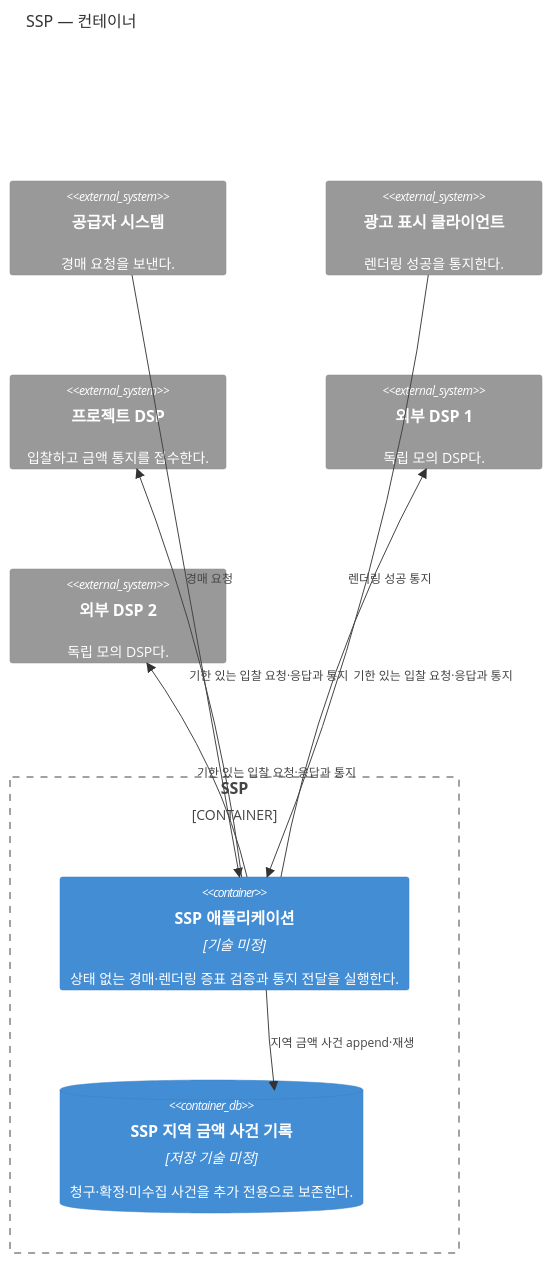
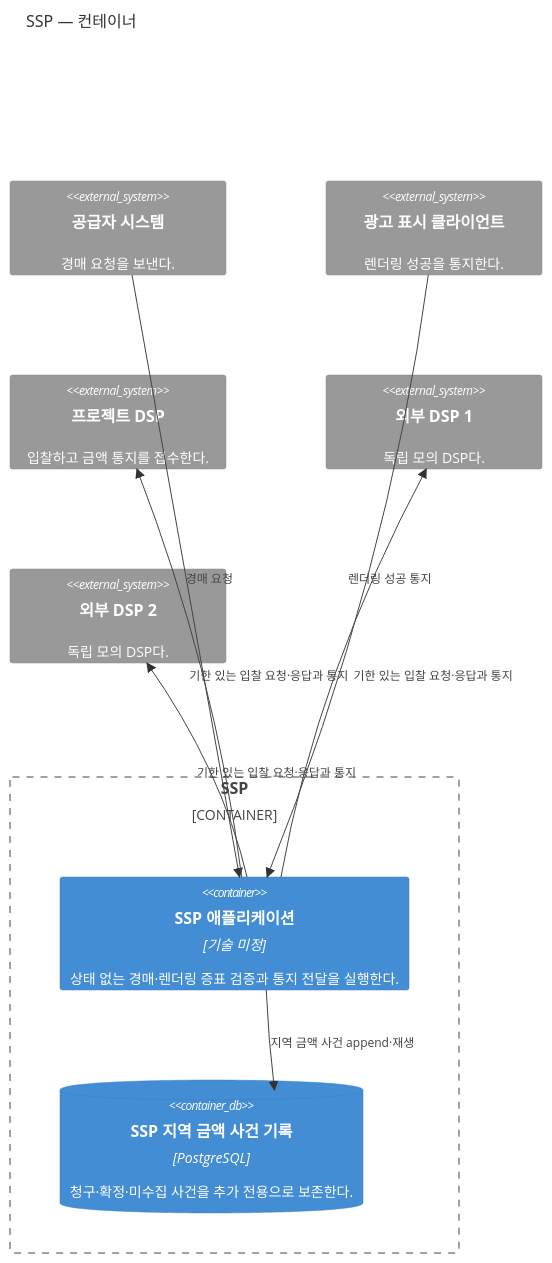
The diagram in docs/architecture/views/ssp-containers.md (bbororo5/low-latency-openrtb-auction), drawn with Mermaid before and after one commit. The commit also changed other lines of this file and 9 other files, not shown here.

````diff
--- a/docs/architecture/views/ssp-containers.md
+++ b/docs/architecture/views/ssp-containers.md
@@ -7,24 +7,24 @@
 ```mermaid
 C4Container
     title SSP — 컨테이너
 
     System_Ext(supplier, "공급자 시스템", "경매 요청을 보낸다.")
     System_Ext(ad_client, "광고 표시 클라이언트", "렌더링 성공을 통지한다.")
     System_Ext(project_dsp, "프로젝트 DSP", "입찰하고 금액 통지를 접수한다.")
     System_Ext(external_dsp_1, "외부 DSP 1", "독립 모의 DSP다.")
     System_Ext(external_dsp_2, "외부 DSP 2", "독립 모의 DSP다.")
 
     Container_Boundary(ssp, "SSP") {
         Container(ssp_application, "SSP 애플리케이션", "기술 미정", "상태 없는 경매·렌더링 증표 검증과 통지 전달을 실행한다.")
-        ContainerDb(ssp_store, "SSP 지역 금액 사건 기록", "저장 기술 미정", "청구·확정·미수집 사건을 추가 전용으로 보존한다.")
+        ContainerDb(ssp_store, "SSP 지역 금액 사건 기록", "PostgreSQL", "청구·확정·미수집 사건을 추가 전용으로 보존한다.")
     }
 
     Rel(supplier, ssp_application, "경매 요청")
     Rel(ad_client, ssp_application, "렌더링 성공 통지")
     Rel(ssp_application, project_dsp, "기한 있는 입찰 요청·응답과 통지")
     Rel(ssp_application, external_dsp_1, "기한 있는 입찰 요청·응답과 통지")
     Rel(ssp_application, external_dsp_2, "기한 있는 입찰 요청·응답과 통지")
     Rel(ssp_application, ssp_store, "지역 금액 사건 append·재생")
 
     UpdateLayoutConfig($c4ShapeInRow="3", $c4BoundaryInRow="1")
 ```
````
